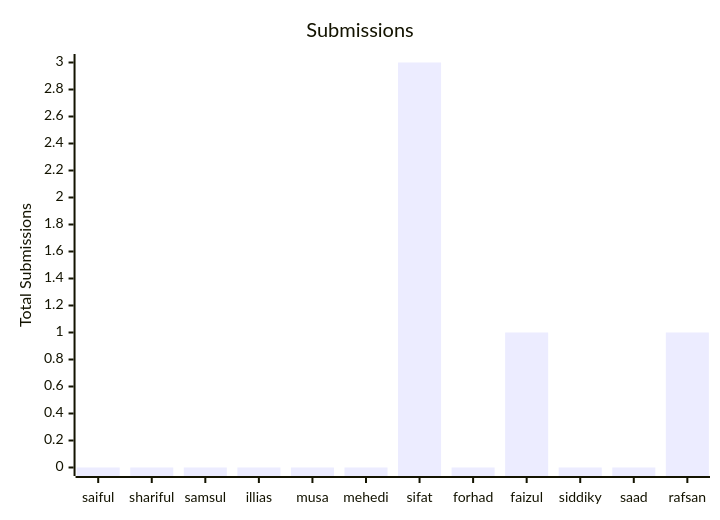
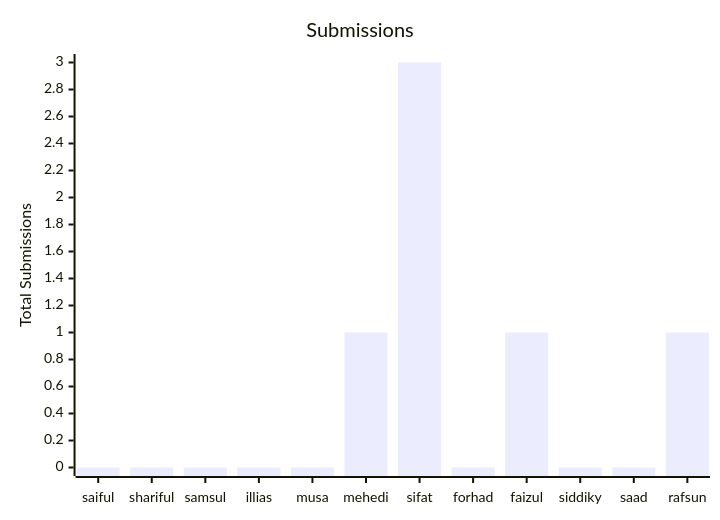
Before and after one commit to salauddin-sifat-qp/qp-coding-challenge: the second of 2 diagrams in README.md, drawn with Mermaid. The commit also changed other lines of this file, not shown here.

````diff
--- a/README.md
+++ b/README.md
@@ -33,7 +34,7 @@
 ```mermaid
 xychart-beta
     title Submissions
-    x-axis [saiful, shariful, samsul, illias, musa, mehedi, sifat, forhad, faizul, siddiky, saad, rafsan]
+    x-axis [saiful, shariful, samsul, illias, musa, mehedi, sifat, forhad, faizul, siddiky, saad, rafsun]
     y-axis "Total Submissions"
-    bar [0,0,0,0,0,0,3,0,1,0,0,1]
+    bar    [  0,      0,        0,      0,      0,     1,     3,       0,     1,       0,     0,     1  ]
 ```
````
